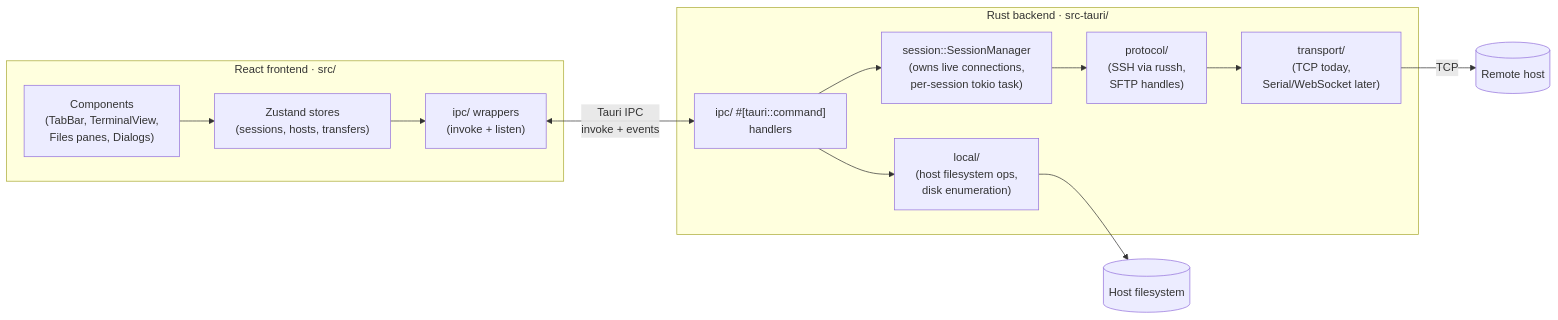
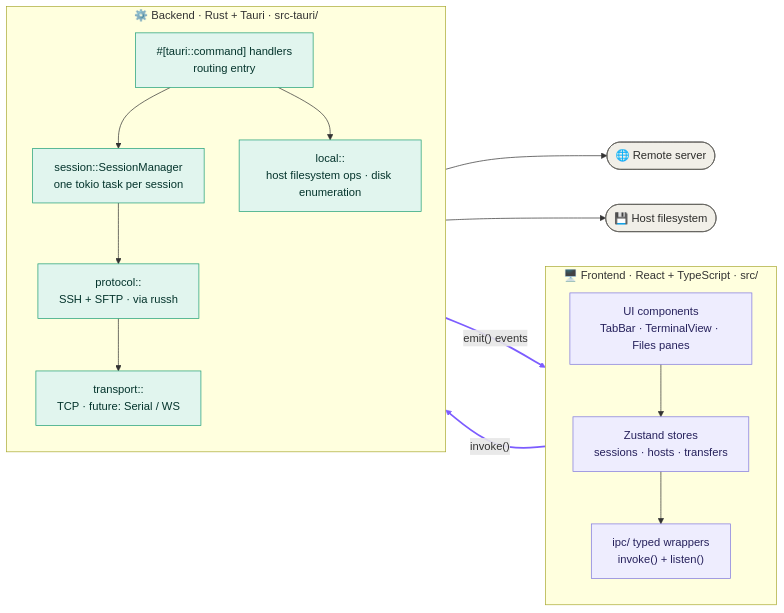
Before and after one commit to Clarence404/shellx: the diagram in README.md, drawn with Mermaid. The commit also changed 1 other file, not shown here.

Commit message:
docs: redesign architecture diagram — two-column LR layout with bold IPC channel
Previous diagram had the frontend and backend as loose subgraphs with
crisscrossing edges (Cmds → Session, Cmds → Local, Session → Proto, …),
and the Tauri IPC boundary was a single ambiguous bidirectional line
labeled "invoke + events".

New layout:
- Two side-by-side columns — Frontend on the left, Backend on the right.
- Backend collapses to a single-source-of-truth spine: Cmd → SessionManager
  → protocol → transport, with local:: as a Cmd-driven side branch.
- Tauri IPC boundary is now two separate purple thick arrows: invoke() going
  right (frontend → backend), emit() events going left (backend → frontend).
  Reading order matches the call semantics for someone new to Tauri.
- External resources (remote server, host filesystem) sit as stadium nodes
  at the bottom, visually detached from the internal layers.
- Color coding: purple = frontend, green = backend, gray = external.
  Applied via classDef so GitHub renders it in both light and dark themes.

Same diagram in both README.md and README.zh-CN.md per the bilingual
pair rule.

````diff
--- a/README.md
+++ b/README.md
@@ -27,26 +27,39 @@
 ```mermaid
 flowchart LR
-  subgraph Frontend["React frontend · src/"]
-    UI["Components<br/>(TabBar, TerminalView,<br/>Files panes, Dialogs)"]
-    Store["Zustand stores<br/>(sessions, hosts, transfers)"]
-    IPC["ipc/ wrappers<br/>(invoke + listen)"]
+  subgraph FE ["🖥️ Frontend · React + TypeScript · src/"]
+    direction TB
+    UI["UI components<br/>TabBar · TerminalView · Files panes"]
+    Store["Zustand stores<br/>sessions · hosts · transfers"]
+    Wrap["ipc/ typed wrappers<br/>invoke() + listen()"]
+    UI --> Store --> Wrap
   end
 
-  subgraph Backend["Rust backend · src-tauri/"]
-    Cmds["ipc/ #[tauri::command]<br/>handlers"]
-    Session["session::SessionManager<br/>(owns live connections,<br/>per-session tokio task)"]
-    Proto["protocol/<br/>(SSH via russh,<br/>SFTP handles)"]
-    Transp["transport/<br/>(TCP today,<br/>Serial/WebSocket later)"]
-    Local["local/<br/>(host filesystem ops,<br/>disk enumeration)"]
+  Wrap ==>|"invoke()"| Cmd
+  Cmd ==>|"emit() events"| Wrap
+
+  subgraph BE ["⚙️ Backend · Rust + Tauri · src-tauri/"]
+    direction TB
+    Cmd["#[tauri::command] handlers<br/>routing entry"]
+    Sm["session::SessionManager<br/>one tokio task per session"]
+    Loc["local::<br/>host filesystem ops · disk enumeration"]
+    Prot["protocol::<br/>SSH + SFTP · via russh"]
+    Tr["transport::<br/>TCP · future: Serial / WS"]
+    Cmd --> Sm
+    Cmd --> Loc
+    Sm --> Prot
+    Prot --> Tr
   end
 
-  UI --> Store
-  Store --> IPC
-  IPC <-->|Tauri IPC<br/>invoke + events| Cmds
-  Cmds --> Session
-  Cmds --> Local
-  Session --> Proto
-  Proto --> Transp
-  Transp -->|TCP| Network[("Remote host")]
-  Local --> FS[("Host filesystem")]
+  Tr --> Net(["🌐 Remote server"])
+  Loc --> Fs(["💾 Host filesystem"])
+
+  classDef feBox fill:#EEEDFE,stroke:#7F77DD,color:#26215C
+  classDef beBox fill:#E1F5EE,stroke:#1D9E75,color:#04342C
+  classDef extBox fill:#F1EFE8,stroke:#5F5E5A,color:#2C2C2A
+
+  class UI,Store,Wrap feBox
+  class Cmd,Sm,Loc,Prot,Tr beBox
+  class Net,Fs extBox
+
+  linkStyle 2,3 stroke:#7c5cff,stroke-width:2.5px
 ```
````
